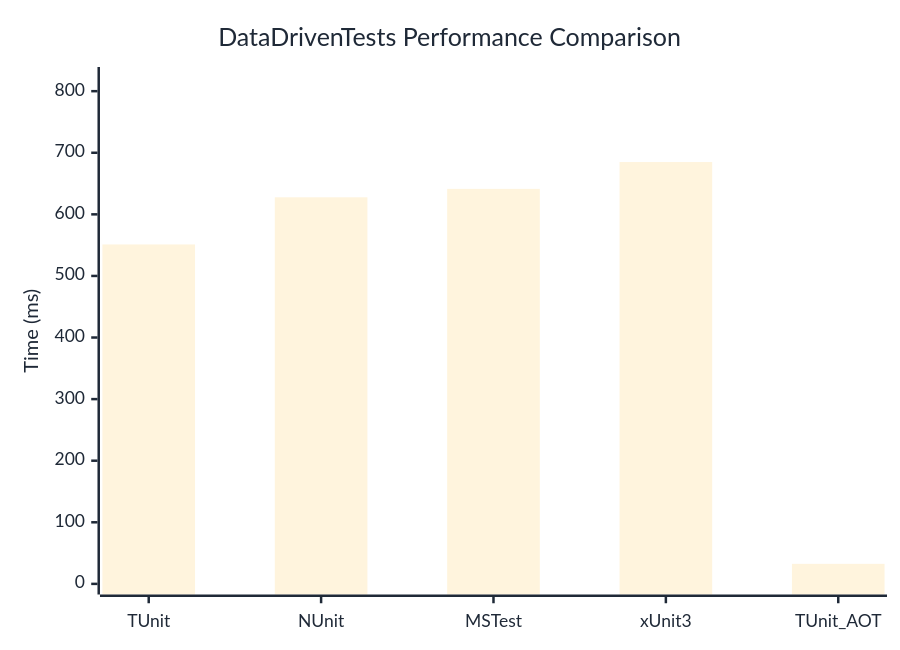
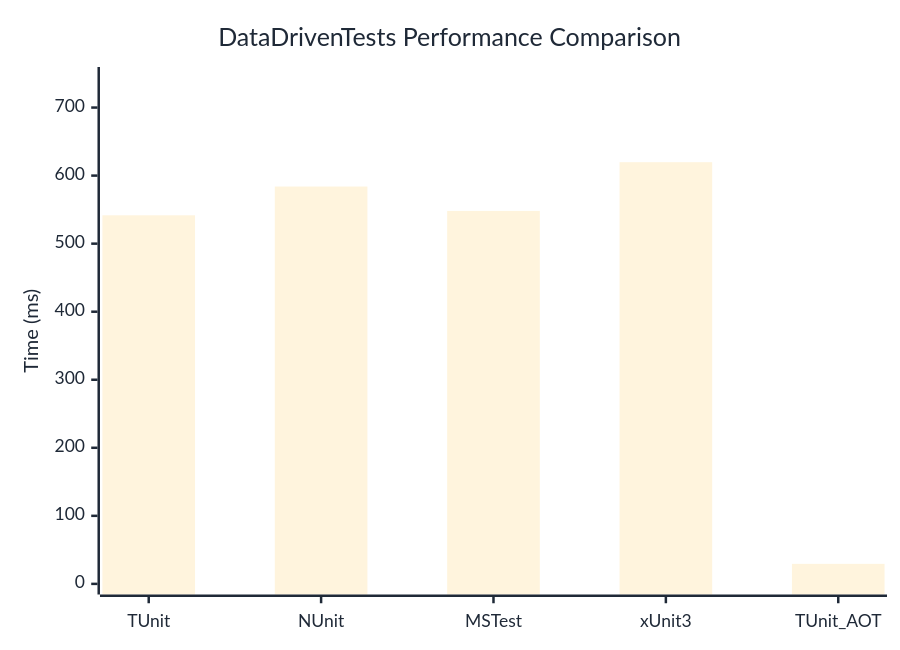
The diagram in docs/docs/benchmarks/DataDrivenTests.md (thomhurst/TUnit), drawn with Mermaid before and after one commit. The commit also changed other lines of this file and 17 other files, not shown here.

````diff
--- a/docs/docs/benchmarks/DataDrivenTests.md
+++ b/docs/docs/benchmarks/DataDrivenTests.md
@@ -27,37 +27,37 @@
 ```mermaid
 %%{init: {
   'theme':'base',
   'themeVariables': {
     'primaryColor': '#2563eb',
     'primaryTextColor': '#1f2937',
     'primaryBorderColor': '#1e40af',
     'lineColor': '#6b7280',
     'secondaryColor': '#7c3aed',
     'tertiaryColor': '#dc2626',
     'background': '#ffffff',
     'mainBkg': '#2563eb',
     'secondBkg': '#7c3aed',
     'tertiaryBkg': '#dc2626',
     'clusterBkg': '#f3f4f6',
     'edgeLabelBackground': '#ffffff',
     'tertiaryTextColor': '#1f2937',
     'pie1': '#2563eb',
     'pie2': '#7c3aed',
     'pie3': '#dc2626',
     'pie4': '#f59e0b',
     'pie5': '#10b981',
     'pie6': '#06b6d4',
     'pie7': '#ec4899',
     'pie8': '#6366f1',
     'pie9': '#84cc16',
     'pie10': '#f97316',
     'pie11': '#14b8a6',
     'pie12': '#a855f7'
   }
 }}%%
 xychart-beta
   title "DataDrivenTests Performance Comparison"
   x-axis ["TUnit", "NUnit", "MSTest", "xUnit3", "TUnit_AOT"]
-  y-axis "Time (ms)" 0 --> 822
-  bar [551.15, 627.68, 641.36, 684.94, 32.54]
+  y-axis "Time (ms)" 0 --> 744
+  bar [541.68, 583.94, 548.09, 619.72, 29.43]
 ```
````
